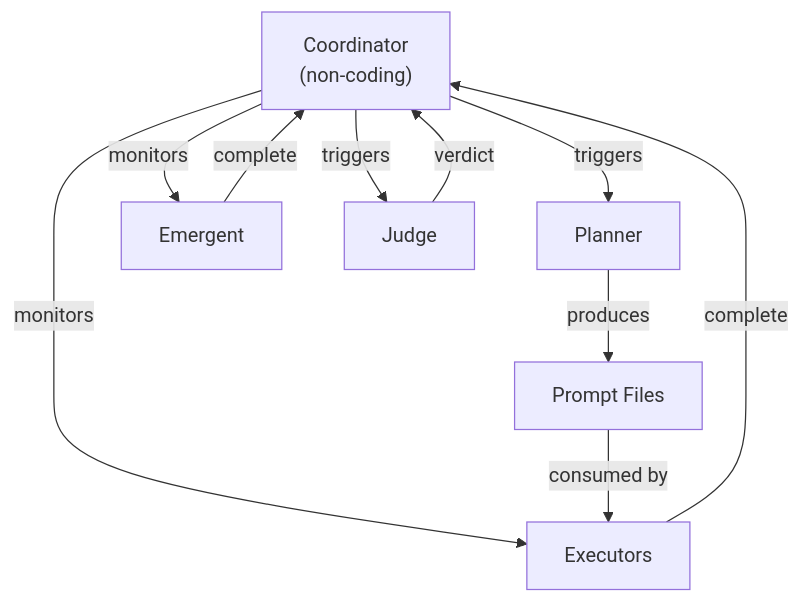
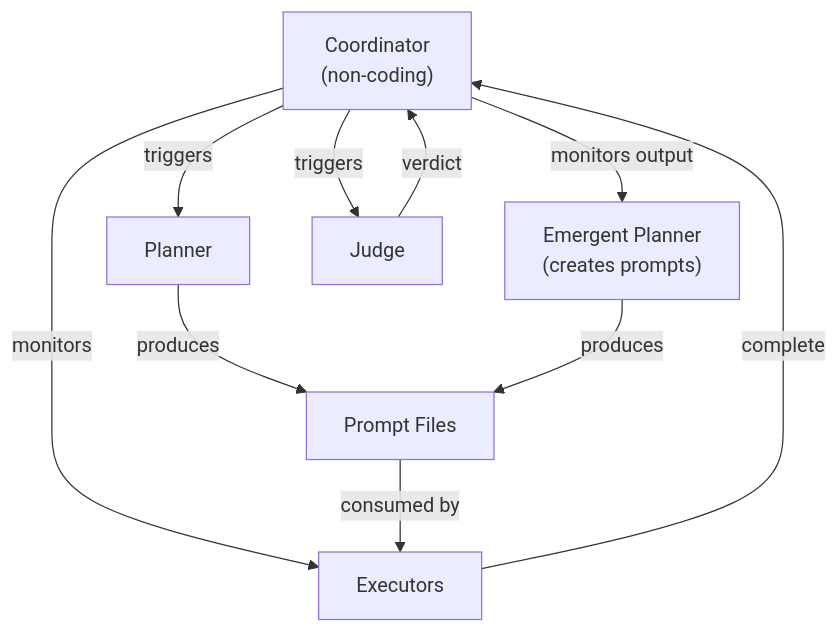
One commit to kalem-edlin/all-hands-cli changed the diagram in docs/agents/orchestration-agent.md. Above: the diagram before and after it, drawn with Mermaid. The commit also changed other lines of this file and 17 other files, not shown here.

````diff
--- a/docs/agents/orchestration-agent.md
+++ b/docs/agents/orchestration-agent.md
@@ -42,14 +42,14 @@
 ```mermaid
 flowchart TD
     Coordinator["Coordinator\n(non-coding)"]
     Coordinator -->|"triggers"| Planner["Planner"]
     Coordinator -->|"monitors"| Executors["Executors"]
-    Coordinator -->|"monitors"| Emergent["Emergent"]
+    Coordinator -->|"monitors output"| Emergent["Emergent Planner\n(creates prompts)"]
     Coordinator -->|"triggers"| Judge["Judge"]
 
     Planner -->|"produces"| Prompts["Prompt Files"]
+    Emergent -->|"produces"| Prompts
     Prompts -->|"consumed by"| Executors
     Executors -->|"complete"| Coordinator
-    Emergent -->|"complete"| Coordinator
     Judge -->|"verdict"| Coordinator
 ```
````
